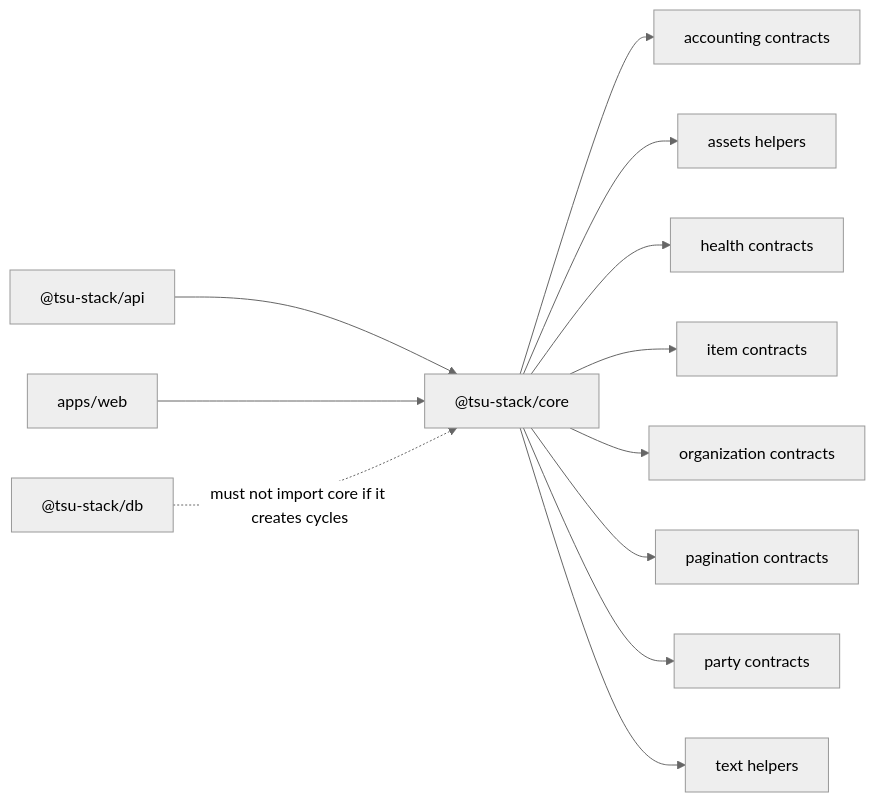
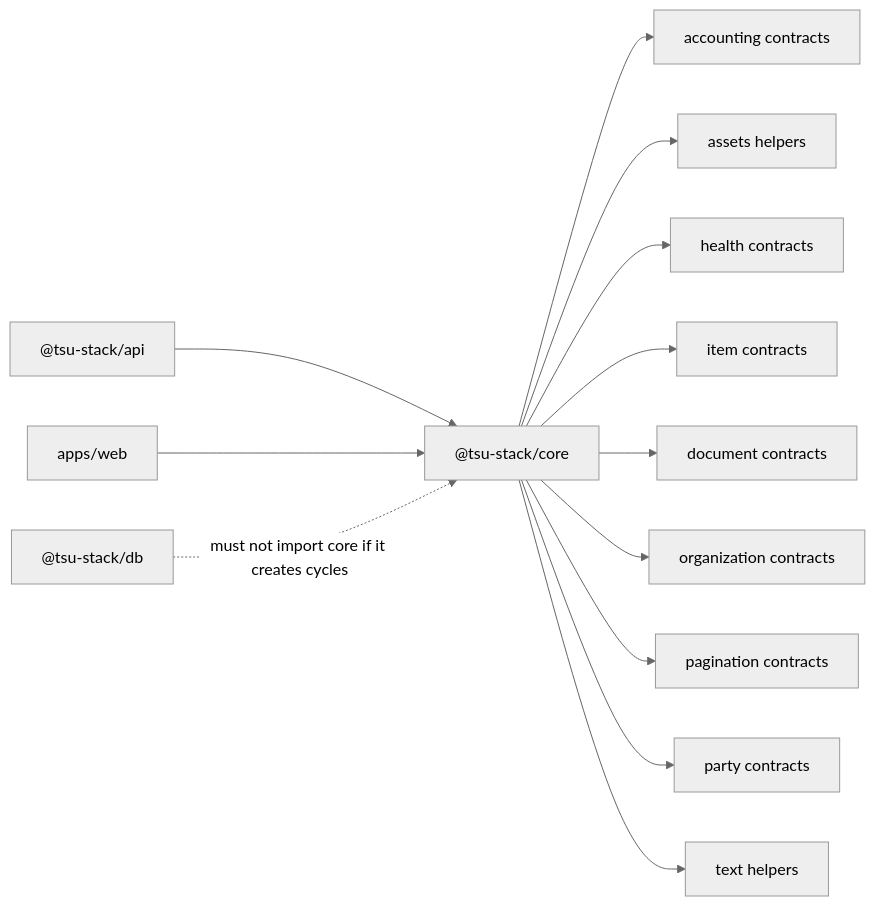
One commit to isherbuilds/edernal-books changed the diagram in packages/core/README.md. Above: the diagram before and after it, drawn with Mermaid (neutral theme). The commit also changed other lines of this file and 100 other files, not shown here.

````diff
--- a/packages/core/README.md
+++ b/packages/core/README.md
@@ -19,14 +18,15 @@
 ```mermaid
 flowchart LR
   Core["@tsu-stack/core"] --> Accounting["accounting contracts"]
   Core --> Assets["assets helpers"]
   Core --> Health["health contracts"]
   Core --> Items["item contracts"]
+  Core --> Documents["document contracts"]
   Core --> Organizations["organization contracts"]
   Core --> Pagination["pagination contracts"]
   Core --> Parties["party contracts"]
   Core --> Text["text helpers"]
   API["@tsu-stack/api"] --> Core
   Web["apps/web"] --> Core
   DB["@tsu-stack/db"] -. "must not import core if it creates cycles" .-> Core
 ```
````
